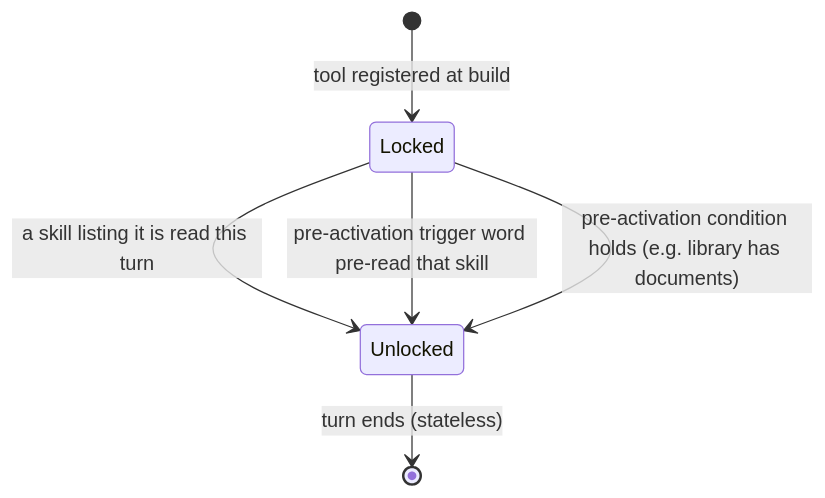
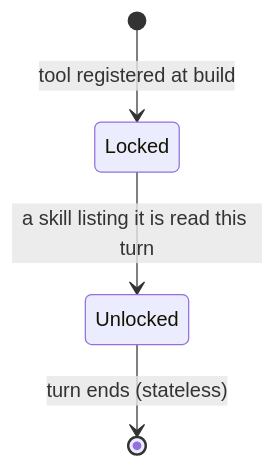
Before and after one commit to reddybharat/agentic-rag: the fourth of 6 diagrams in docs/architecture.md, drawn with Mermaid. The commit also changed other lines of this file and 29 other files, not shown here.

Commit message:
Simplify skill and tool flow and architecture

````diff
--- a/docs/architecture.md
+++ b/docs/architecture.md
@@ -123,8 +121,6 @@
 ```mermaid
 stateDiagram-v2
     [*] --> Locked: tool registered at build
     Locked --> Unlocked: a skill listing it is read this turn
-    Locked --> Unlocked: pre-activation trigger word pre-read that skill
-    Locked --> Unlocked: pre-activation condition holds (e.g. library has documents)
     Unlocked --> [*]: turn ends (stateless)
 ```
````
